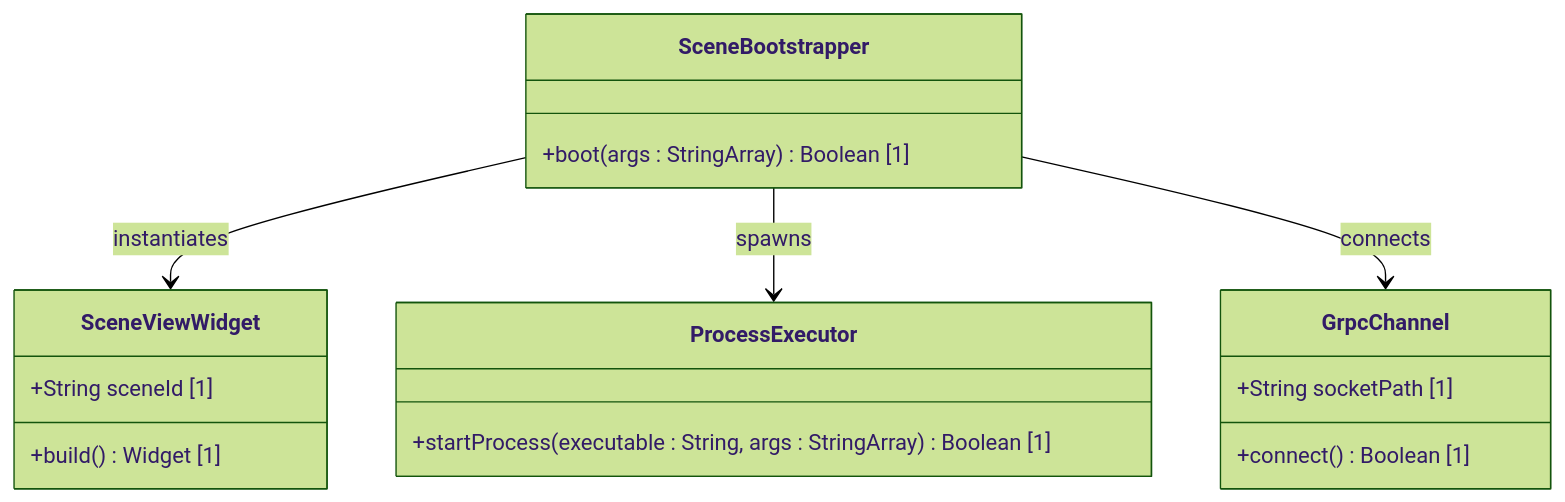
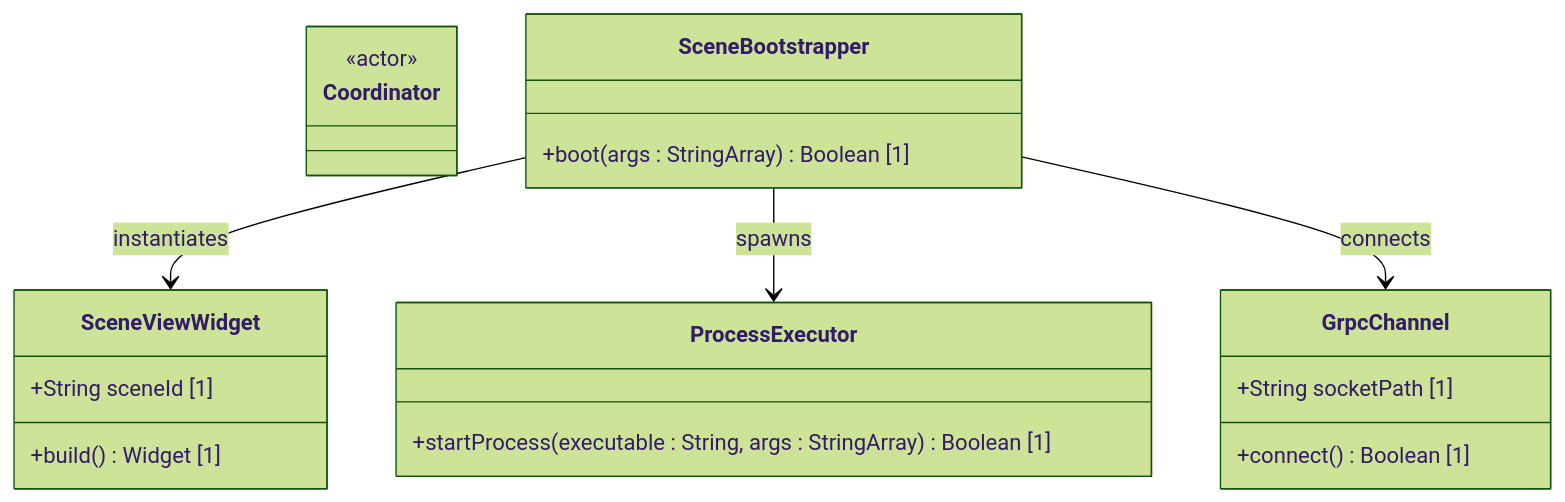
The diagram in docs/features/feat-45-isolated-scene-boot.md (gintatkinson/3dgs-phoenix), drawn with Mermaid (forest theme) before and after one commit. The commit also changed 4 other files, not shown here.

Commit message:
docs: add Coordinator actor class to feat-45, feat-46, and feat-50 class diagrams

````diff
--- a/docs/features/feat-45-isolated-scene-boot.md
+++ b/docs/features/feat-45-isolated-scene-boot.md
@@ -19,21 +19,24 @@
 ```mermaid
 classDiagram
+    class Coordinator {
+        <<actor>>
+    }
     class SceneBootstrapper {
         +boot(args : StringArray) Boolean [1]
     }
     class SceneViewWidget {
         +String sceneId [1]
         +build() Widget [1]
     }
     class ProcessExecutor {
         +startProcess(executable : String, args : StringArray) Boolean [1]
     }
     class GrpcChannel {
         +String socketPath [1]
         +connect() Boolean [1]
     }
 
     SceneBootstrapper --> SceneViewWidget : instantiates
     SceneBootstrapper --> ProcessExecutor : spawns
     SceneBootstrapper --> GrpcChannel : connects
 ```
````
